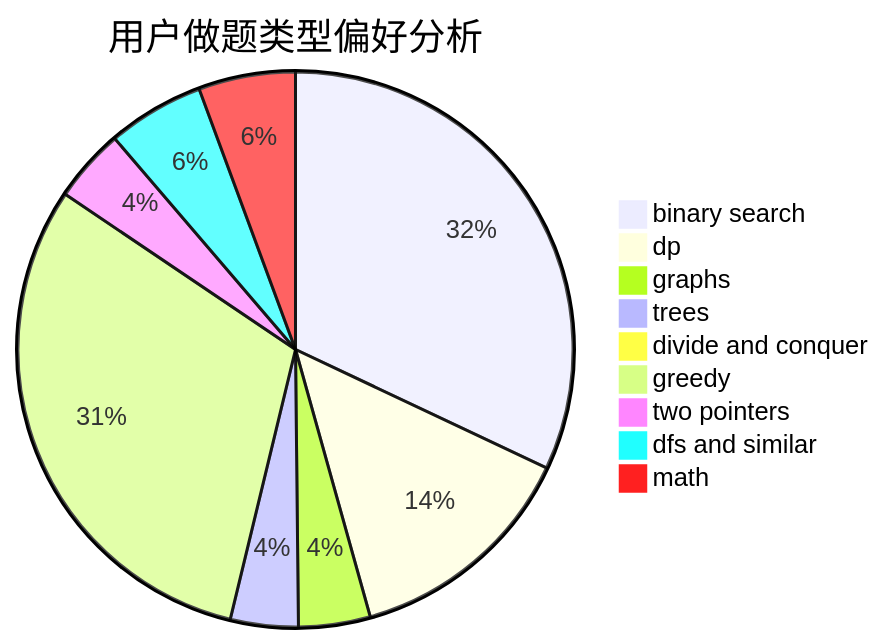
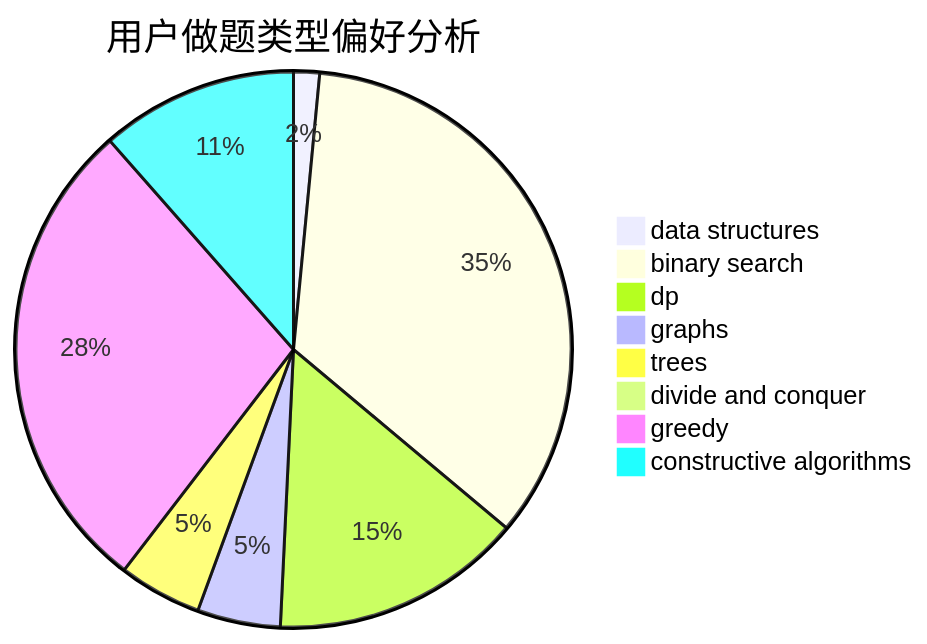
The second of 3 diagrams in docs/user/u1448.md (sherpahu/cfrs.github.io), drawn with Mermaid before and after one commit. The commit also changed other lines of this file and 2775 other files, not shown here.

````diff
--- a/docs/user/u1448.md
+++ b/docs/user/u1448.md
@@ -23,12 +23,11 @@
 ```mermaid
 pie title 用户做题类型偏好分析
-    "binary search" :  284
-    "dp" :  121
-    "graphs" :  37
-    "trees" :  35
-    "divide and conquer" :  4
-    "greedy" :  272
-    "two pointers" :  38
-    "dfs and similar" :  50
-    "math" :  50
+    "data structures" :  10
+    "binary search" :  229
+    "dp" :  97
+    "graphs" :  32
+    "trees" :  32
+    "divide and conquer" :  0
+    "greedy" :  186
+    "constructive algorithms" :  76
 ```
````
